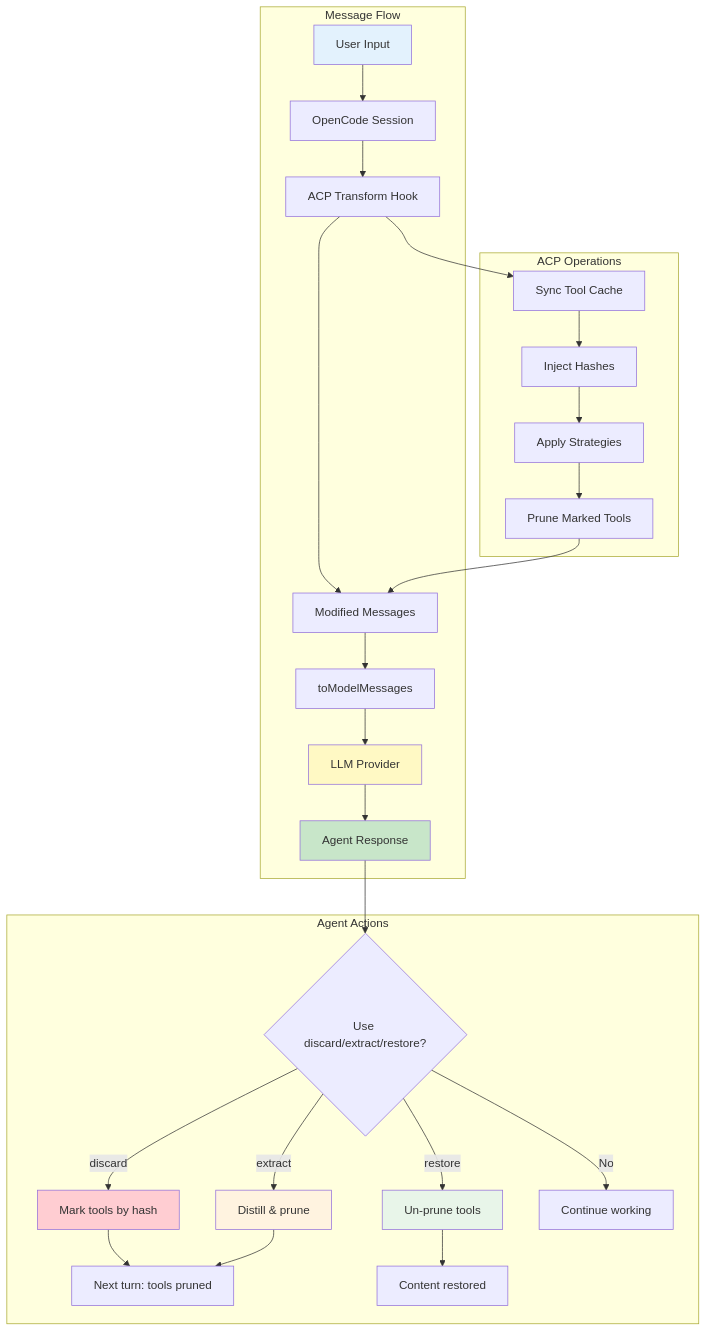
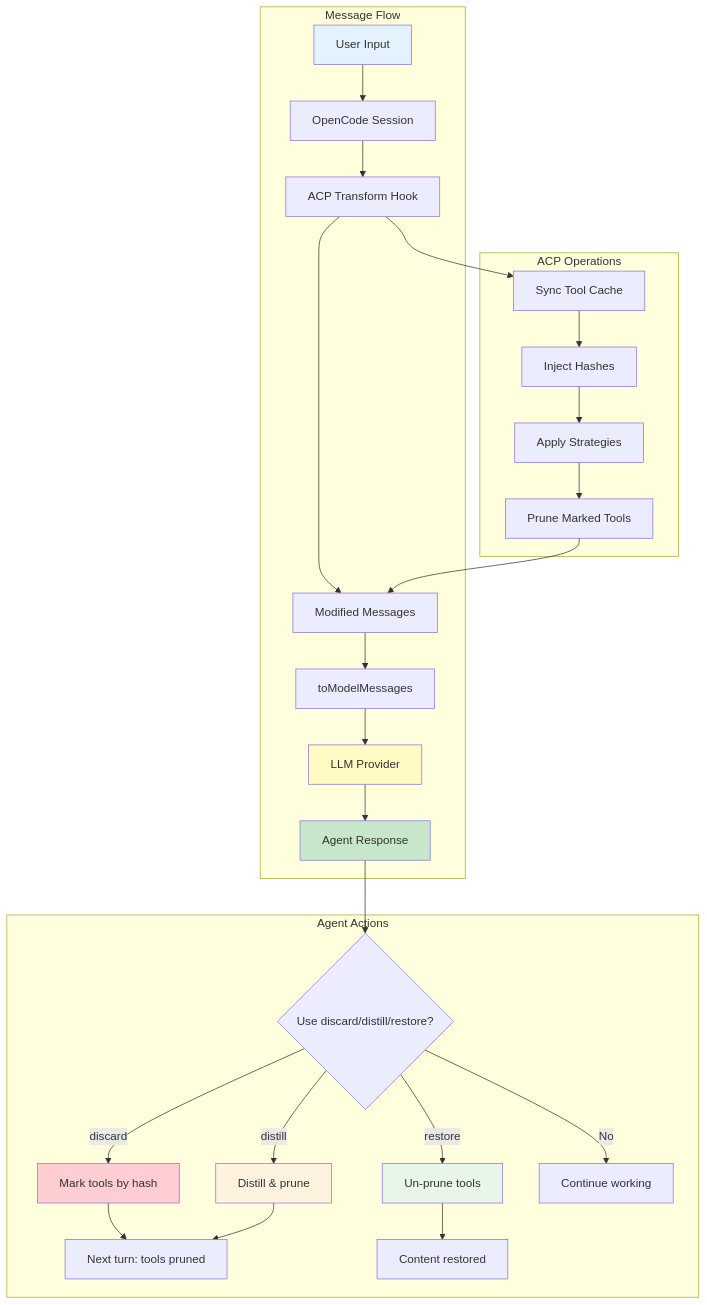
Before and after one commit to tuanhung303/opencode-agent-context-pruning: the eighth of 9 diagrams in docs/opencode-acp-message-flow.md, drawn with Mermaid. The commit also changed other lines of this file and 32 other files, not shown here.

````diff
--- a/docs/opencode-acp-message-flow.md
+++ b/docs/opencode-acp-message-flow.md
@@ -659,37 +650,37 @@
 ```mermaid
 flowchart TB
     subgraph "Message Flow"
         A[User Input] --> B[OpenCode Session]
         B --> C[ACP Transform Hook]
         C --> D[Modified Messages]
         D --> E[toModelMessages]
         E --> F[LLM Provider]
         F --> G[Agent Response]
     end
 
     subgraph "ACP Operations"
         C --> H[Sync Tool Cache]
         H --> I[Inject Hashes]
         I --> J[Apply Strategies]
         J --> K[Prune Marked Tools]
         K --> D
     end
 
     subgraph "Agent Actions"
-        G --> L{Use discard/extract/restore?}
+        G --> L{Use discard/distill/restore?}
         L -->|discard| M[Mark tools by hash]
-        L -->|extract| N[Distill & prune]
+        L -->|distill| N[Distill & prune]
         L -->|restore| O[Un-prune tools]
         M --> P[Next turn: tools pruned]
         N --> P
         O --> Q[Content restored]
         L -->|No| R[Continue working]
     end
 
     style A fill:#e3f2fd
     style F fill:#fff9c4
     style G fill:#c8e6c9
     style M fill:#ffcdd2
     style N fill:#fff3e0
     style O fill:#e8f5e9
 ```
````
